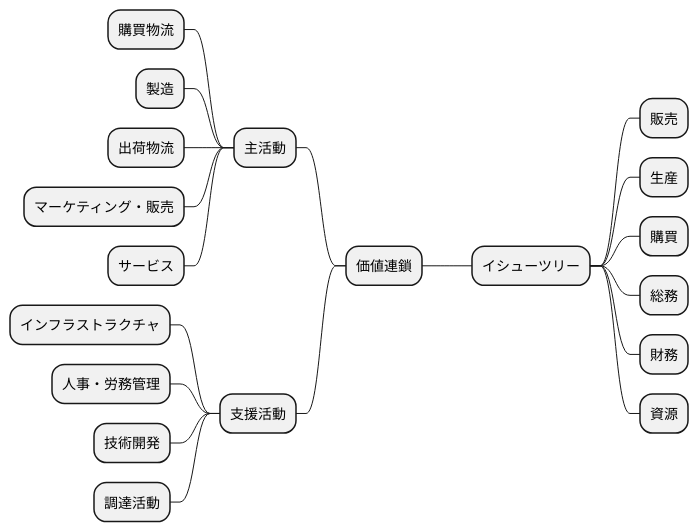
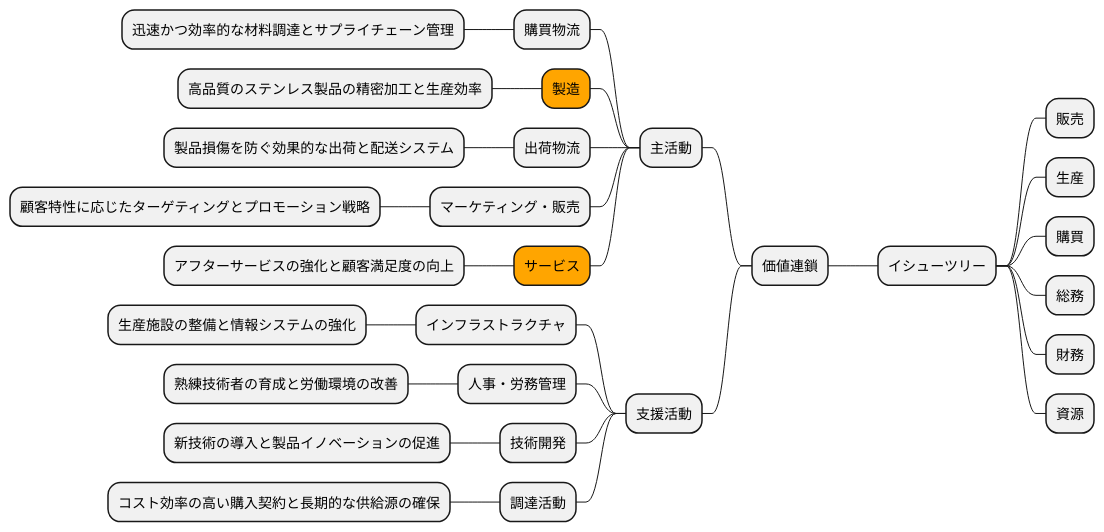
One commit to k2works/case-sutudy-business-analysis changed diagram 12 of 16 in docs/case/r02_case_3.adoc. Above: the diagram before and after it, drawn with PlantUML. The commit also changed other lines of this file, not shown here.

```diff
--- a/docs/case/r02_case_3.adoc
+++ b/docs/case/r02_case_3.adoc
@@ -360,27 +432,36 @@
 [plantuml]
 ----
 @startmindmap
 
 * イシューツリー
 ** 販売
 ** 生産
 ** 購買
 ** 総務
 ** 財務
 ** 資源
 left side
 ** 価値連鎖
 *** 主活動
 **** 購買物流
-**** 製造
+***** 迅速かつ効率的な材料調達とサプライチェーン管理
+****[#orange] 製造
+***** 高品質のステンレス製品の精密加工と生産効率
 **** 出荷物流
+***** 製品損傷を防ぐ効果的な出荷と配送システム
 **** マーケティング・販売
-**** サービス
+***** 顧客特性に応じたターゲティングとプロモーション戦略
+****[#orange] サービス
+***** アフターサービスの強化と顧客満足度の向上
 *** 支援活動
 **** インフラストラクチャ
+***** 生産施設の整備と情報システムの強化
 **** 人事・労務管理
+***** 熟練技術者の育成と労働環境の改善
 **** 技術開発
+***** 新技術の導入と製品イノベーションの促進
 **** 調達活動
+***** コスト効率の高い購入契約と長期的な供給源の確保
 
 @endmindmap
 ----
```
